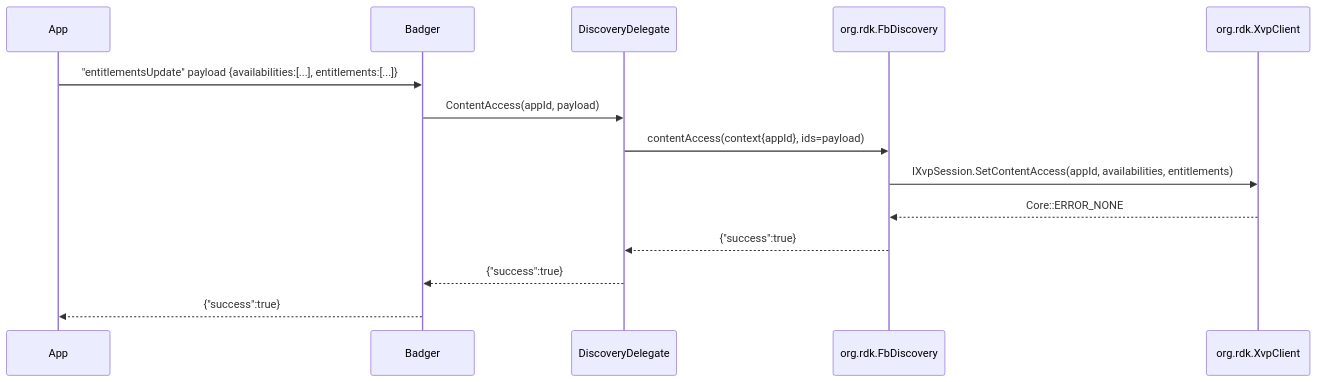
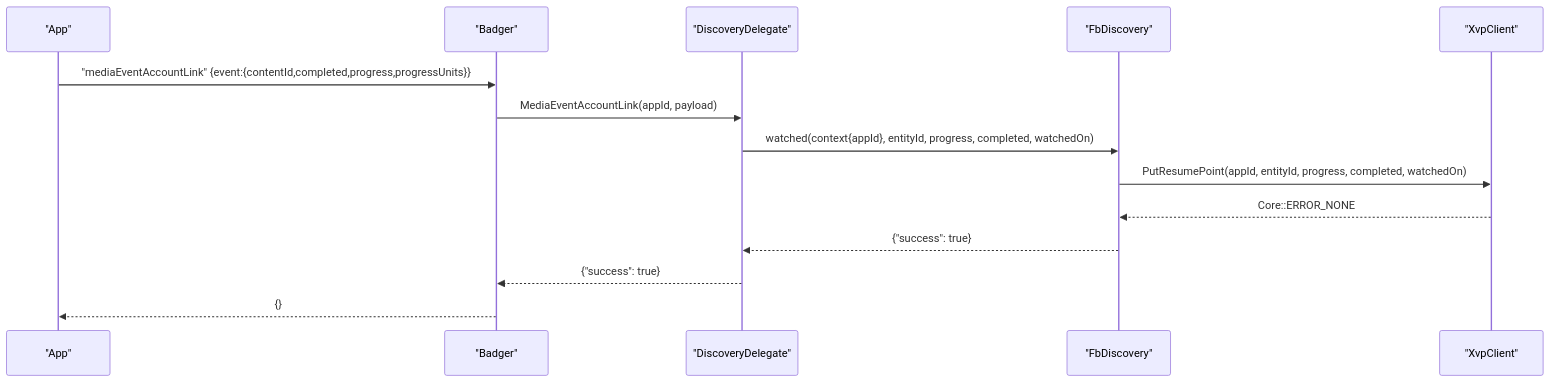
The fourth of 5 diagrams in kavia-docs/entitlements-xvp-delegate-design.md (Naveennat/app-gateway2), drawn with Mermaid before and after one commit. The commit also changed other lines of this file and 21 other files, not shown here.

````diff
--- a/kavia-docs/entitlements-xvp-delegate-design.md
+++ b/kavia-docs/entitlements-xvp-delegate-design.md
@@ -275,17 +279,17 @@
 ```mermaid
 sequenceDiagram
-  participant App as App
-  participant Badger as Badger
-  participant Dlg as DiscoveryDelegate
-  participant Disc as org.rdk.FbDiscovery
-  participant XVP as org.rdk.XvpClient
+  participant App as "App"
+  participant Badger as "Badger"
+  participant Dlg as "DiscoveryDelegate"
+  participant Disc as "FbDiscovery"
+  participant XVP as "XvpClient"
 
-  App->>Badger: "entitlementsUpdate" payload {availabilities:[...], entitlements:[...]}
-  Badger->>Dlg: ContentAccess(appId, payload)
-  Dlg->>Disc: contentAccess(context{appId}, ids=payload)
-  Disc->>XVP: IXvpSession.SetContentAccess(appId, availabilities, entitlements)
+  App->>Badger: "mediaEventAccountLink" {event:{contentId,completed,progress,progressUnits}}
+  Badger->>Dlg: MediaEventAccountLink(appId, payload)
+  Dlg->>Disc: watched(context{appId}, entityId, progress, completed, watchedOn)
+  Disc->>XVP: PutResumePoint(appId, entityId, progress, completed, watchedOn)
   XVP-->>Disc: Core::ERROR_NONE
-  Disc-->>Dlg: {"success":true}
-  Dlg-->>Badger: {"success":true}
-  Badger-->>App: {"success":true}
+  Disc-->>Dlg: {"success": true}
+  Dlg-->>Badger: {"success": true}
+  Badger-->>App: {}
 ```
````
